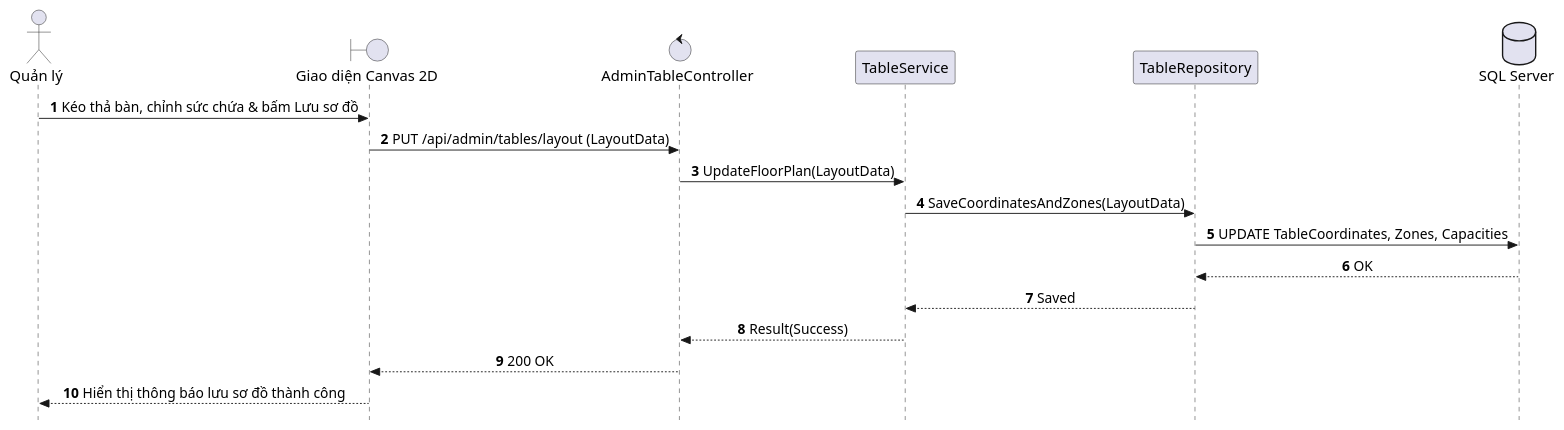
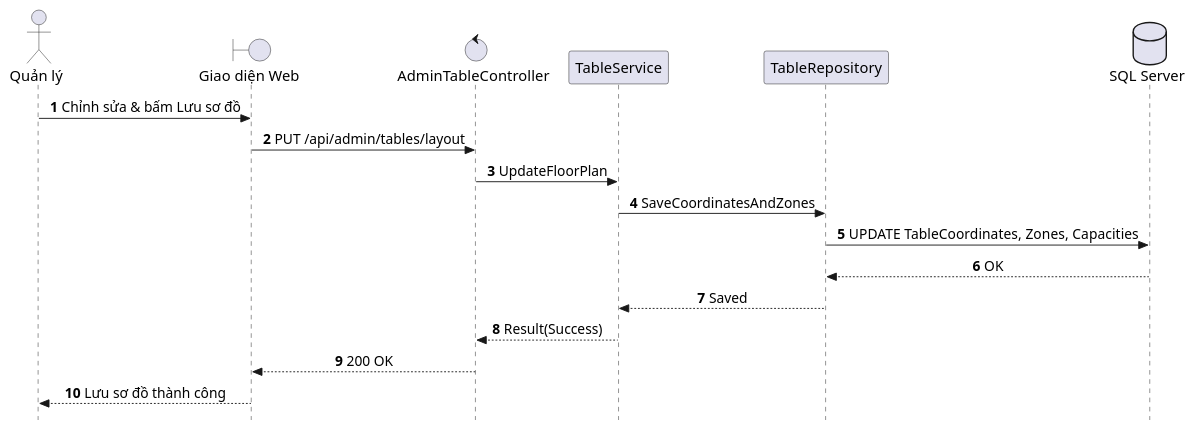
The diagram in docs/use-cases/UC-A2_Quan_Tri_So_Do_Ban.md (AndrewQng/VinDining), drawn with PlantUML before and after one commit. The commit also changed other lines of this file and 87 other files, not shown here.

Commit message:
docs: add phase 1 use case specifications, sequence diagrams, and architecture diagrams

````diff
--- a/docs/use-cases/UC-A2_Quan_Tri_So_Do_Ban.md
+++ b/docs/use-cases/UC-A2_Quan_Tri_So_Do_Ban.md
@@ -1,33 +26,33 @@
 ```plantuml
-@startuml SD_UC_A2_Floor_Plan_Layout
+﻿@startuml SD_UC_A2_Floor_Plan_Layout
 autonumber
 skinparam style strictuml
 skinparam sequenceMessageAlign center
 skinparam responseMessageBelowArrow true
 skinparam defaultFontName "Segoe UI", Arial, sans-serif
 skinparam defaultFontSize 16
 skinparam sequenceActorFontSize 16
 skinparam sequenceParticipantFontSize 16
 skinparam sequenceArrowFontSize 15
 skinparam sequenceGroupFontSize 15
 skinparam sequenceGroupHeaderFontSize 15
 
 actor "Quản lý" as Manager
-boundary "Giao diện Canvas 2D" as UI
+boundary "Giao diện Web" as UI
 control "AdminTableController" as Controller
 participant "TableService" as Service
 participant "TableRepository" as Repo
 database "SQL Server" as DB
 
-Manager -> UI: Kéo thả bàn, chỉnh sức chứa & bấm Lưu sơ đồ
-UI -> Controller: PUT /api/admin/tables/layout (LayoutData)
-Controller -> Service: UpdateFloorPlan(LayoutData)
-Service -> Repo: SaveCoordinatesAndZones(LayoutData)
+Manager -> UI: Chỉnh sửa & bấm Lưu sơ đồ
+UI -> Controller: PUT /api/admin/tables/layout
+Controller -> Service: UpdateFloorPlan
+Service -> Repo: SaveCoordinatesAndZones
 Repo -> DB: UPDATE TableCoordinates, Zones, Capacities
 DB --> Repo: OK
 Repo --> Service: Saved
 Service --> Controller: Result(Success)
 Controller --> UI: 200 OK
-UI --> Manager: Hiển thị thông báo lưu sơ đồ thành công
+UI --> Manager: Lưu sơ đồ thành công
 @enduml
 ```
````
